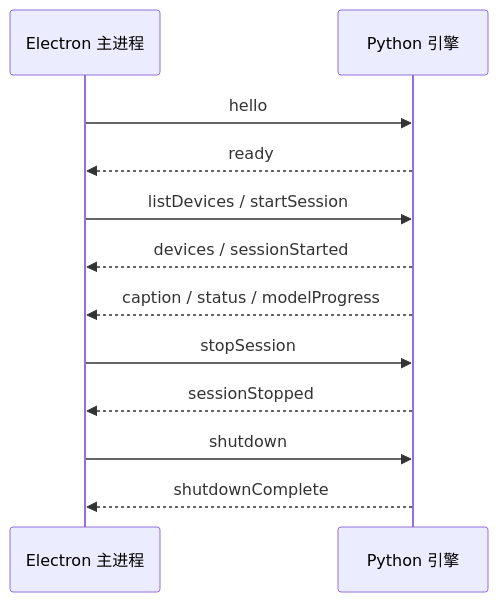
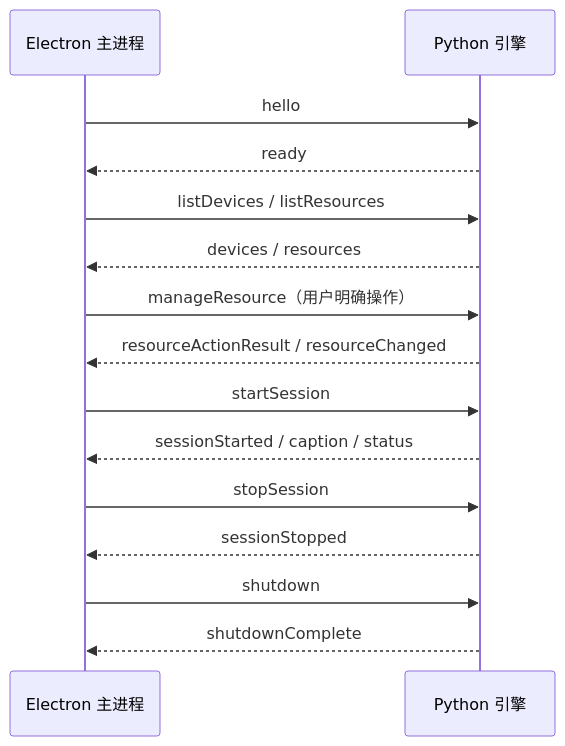
The diagram in docs/protocol.md (CerealAxis/Nola-Translator), drawn with Mermaid before and after one commit. The commit also changed other lines of this file and 32 other files, not shown here.

Commit message:
feat: add explicit model and language resource management

````diff
--- a/docs/protocol.md
+++ b/docs/protocol.md
@@ -16,14 +16,17 @@
 ```mermaid
 sequenceDiagram
     participant E as Electron 主进程
     participant P as Python 引擎
     E->>P: hello
     P-->>E: ready
-    E->>P: listDevices / startSession
-    P-->>E: devices / sessionStarted
-    P-->>E: caption / status / modelProgress
+    E->>P: listDevices / listResources
+    P-->>E: devices / resources
+    E->>P: manageResource（用户明确操作）
+    P-->>E: resourceActionResult / resourceChanged
+    E->>P: startSession
+    P-->>E: sessionStarted / caption / status
     E->>P: stopSession
     P-->>E: sessionStopped
     E->>P: shutdown
     P-->>E: shutdownComplete
 ```
````
